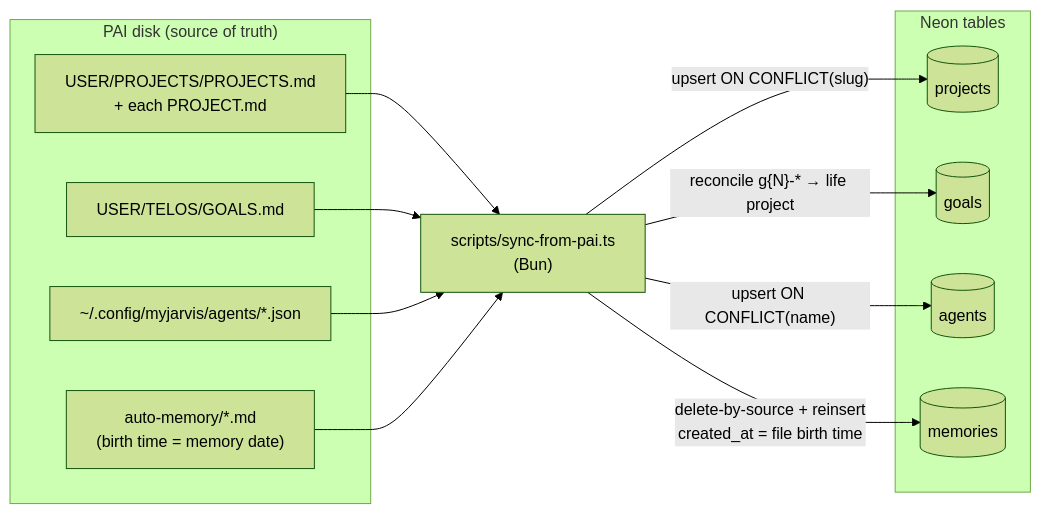
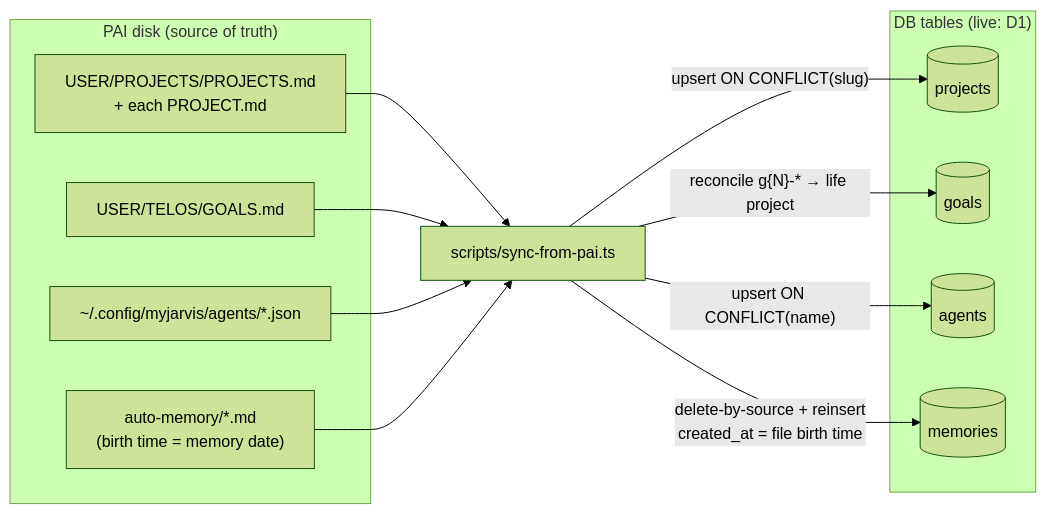
Before and after one commit to aitheroad-dev/my-jarvis-dashboard-yaron: the fifth of 8 diagrams in docs/ARCHITECTURE.md, drawn with Mermaid (forest theme). The commit also changed other lines of this file and 6 other files, not shown here.

Commit message:
docs: align dashboard docs with current stack — D1 + Cloudflare Access + direct-upload deploy, 15-page taxonomy (Tickets→Situation); reframe CLAUDE.md + myjarvis-dashboard skill as live instance, demote Neon/WorkOS/template flow to historical

````diff
--- a/docs/ARCHITECTURE.md
+++ b/docs/ARCHITECTURE.md
@@ -341,24 +366,24 @@
 ```mermaid
 flowchart LR
   subgraph Sources["PAI disk (source of truth)"]
     P1["USER/PROJECTS/PROJECTS.md\n+ each PROJECT.md"]
     P2["USER/TELOS/GOALS.md"]
     P3["~/.config/myjarvis/agents/*.json"]
     P4["auto-memory/*.md\n(birth time = memory date)"]
   end
-  TOOL["scripts/sync-from-pai.ts\n(Bun)"]
-  subgraph NeonT["Neon tables"]
+  TOOL["scripts/sync-from-pai.ts"]
+  subgraph DbT["DB tables (live: D1)"]
     T1[(projects)]
     T2[(goals)]
     T3[(agents)]
     T4[(memories)]
   end
   P1 --> TOOL
   P2 --> TOOL
   P3 --> TOOL
   P4 --> TOOL
   TOOL -->|"upsert ON CONFLICT(slug)"| T1
   TOOL -->|"reconcile g{N}-* → life project"| T2
   TOOL -->|"upsert ON CONFLICT(name)"| T3
   TOOL -->|"delete-by-source + reinsert\ncreated_at = file birth time"| T4
 ```
````
